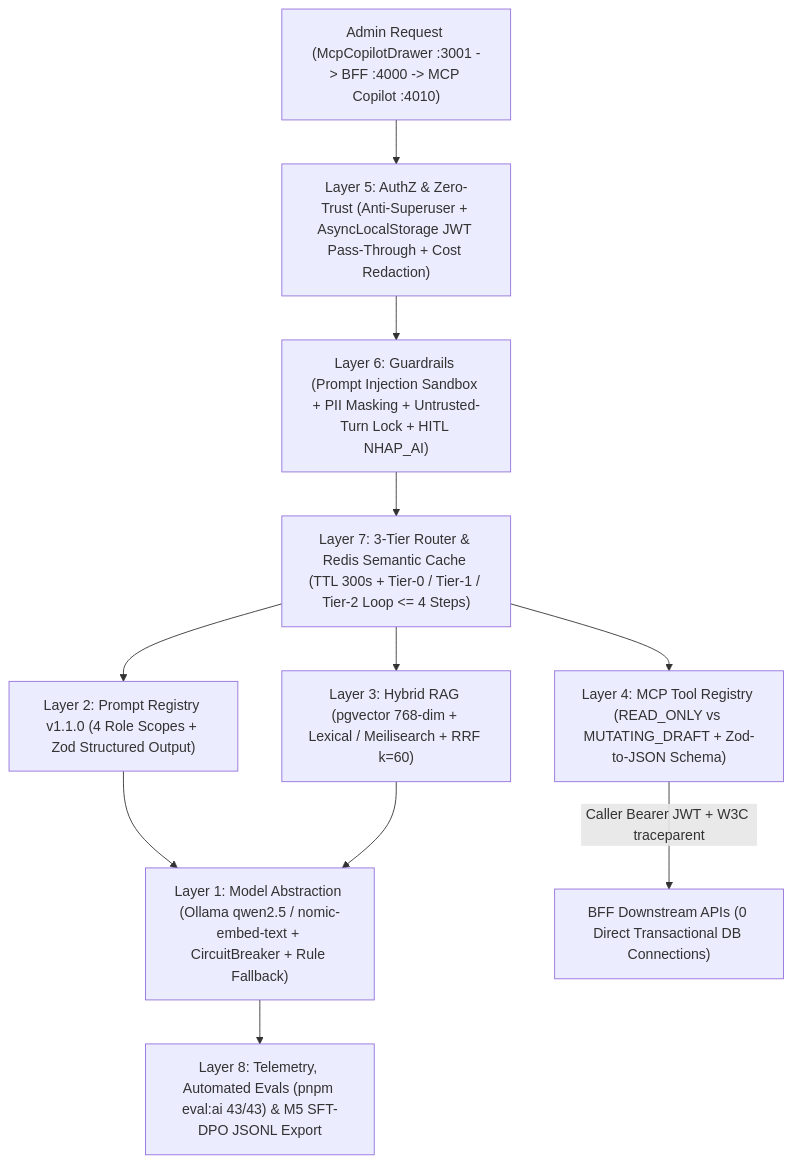
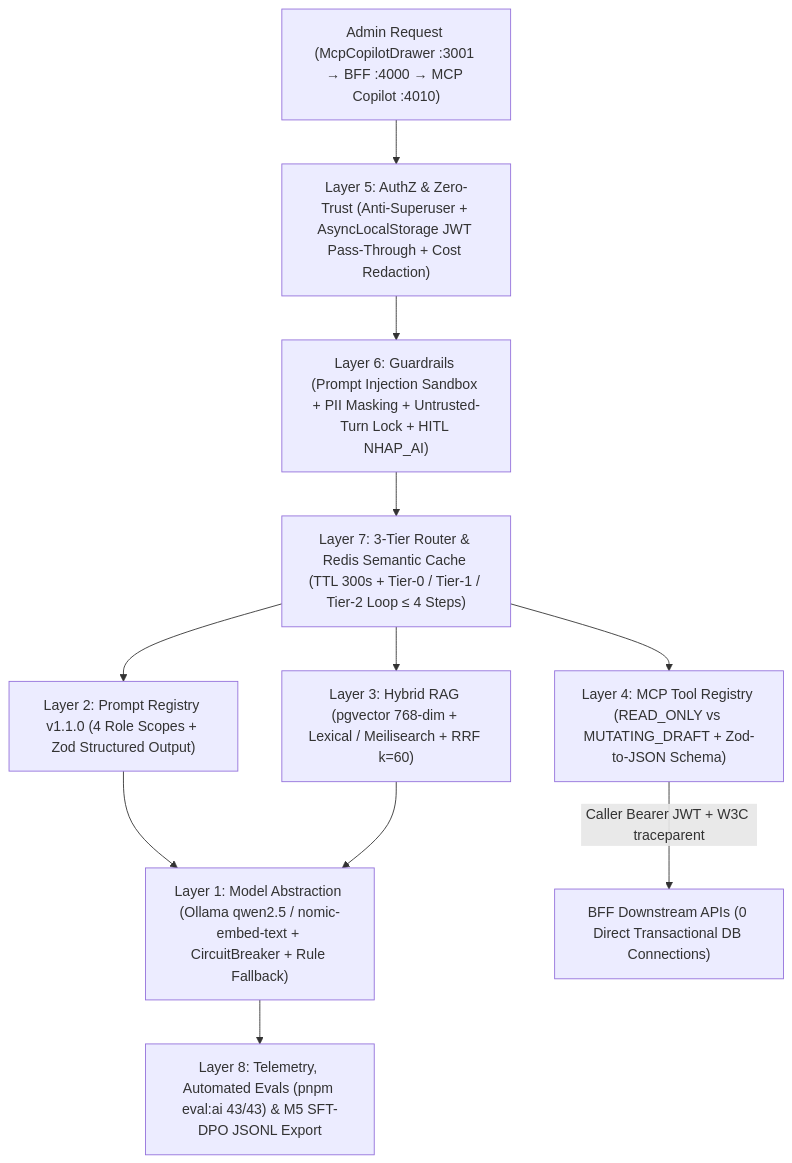
One commit to lebao01121-lang/TryVibe changed the second of 3 diagrams in lotrinh.md. Above: the diagram before and after it, drawn with Mermaid. The commit also changed other lines of this file and 486 other files, not shown here.

````diff
--- a/lotrinh.md
+++ b/lotrinh.md
@@ -432,13 +436,13 @@
 ```mermaid
 flowchart TD
-    REQ["Admin Request (McpCopilotDrawer :3001 -> BFF :4000 -> MCP Copilot :4010)"] --> L5["Layer 5: AuthZ & Zero-Trust (Anti-Superuser + AsyncLocalStorage JWT Pass-Through + Cost Redaction)"]
+    REQ["Admin Request (McpCopilotDrawer :3001 → BFF :4000 → MCP Copilot :4010)"] --> L5["Layer 5: AuthZ & Zero-Trust (Anti-Superuser + AsyncLocalStorage JWT Pass-Through + Cost Redaction)"]
     L5 --> L6["Layer 6: Guardrails (Prompt Injection Sandbox + PII Masking + Untrusted-Turn Lock + HITL NHAP_AI)"]
-    L6 --> L7["Layer 7: 3-Tier Router & Redis Semantic Cache (TTL 300s + Tier-0 / Tier-1 / Tier-2 Loop <= 4 Steps)"]
+    L6 --> L7["Layer 7: 3-Tier Router & Redis Semantic Cache (TTL 300s + Tier-0 / Tier-1 / Tier-2 Loop ≤ 4 Steps)"]
     L7 --> L2["Layer 2: Prompt Registry v1.1.0 (4 Role Scopes + Zod Structured Output)"]
     L7 --> L3["Layer 3: Hybrid RAG (pgvector 768-dim + Lexical / Meilisearch + RRF k=60)"]
     L7 --> L4["Layer 4: MCP Tool Registry (READ_ONLY vs MUTATING_DRAFT + Zod-to-JSON Schema)"]
     L2 --> L1["Layer 1: Model Abstraction (Ollama qwen2.5 / nomic-embed-text + CircuitBreaker + Rule Fallback)"]
     L3 --> L1
     L4 -->|"Caller Bearer JWT + W3C traceparent"| BFF_CALL["BFF Downstream APIs (0 Direct Transactional DB Connections)"]
     L1 --> L8["Layer 8: Telemetry, Automated Evals (pnpm eval:ai 43/43) & M5 SFT-DPO JSONL Export"]
 ```
````
